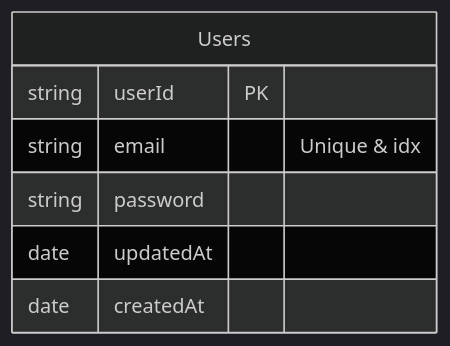
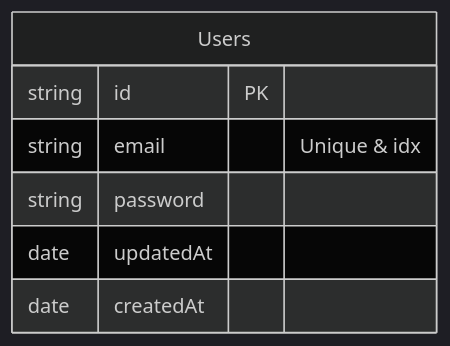
Before and after one commit to zyxsz/jg-tech-challenge: the first of 3 diagrams in README.md, drawn with Mermaid (dark theme). The commit also changed other lines of this file and 8 other files, not shown here.

````diff
--- a/README.md
+++ b/README.md
@@ -38,11 +43,11 @@
 ```mermaid
 erDiagram
     direction LR
     Users {
-        string userId PK
+        string id PK
         string email  "Unique & idx"
         string password
         date updatedAt
         date createdAt
     }
 ```
````
